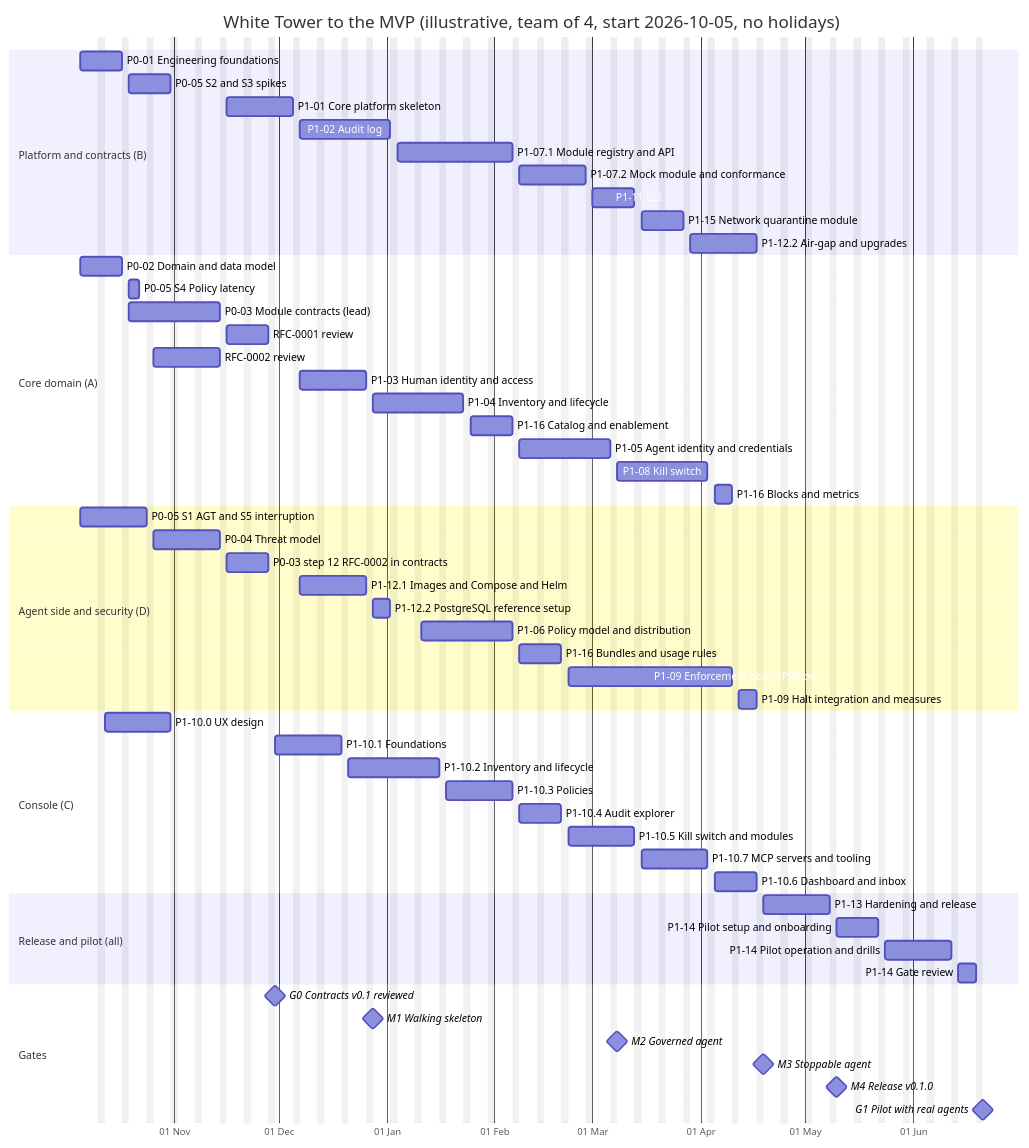
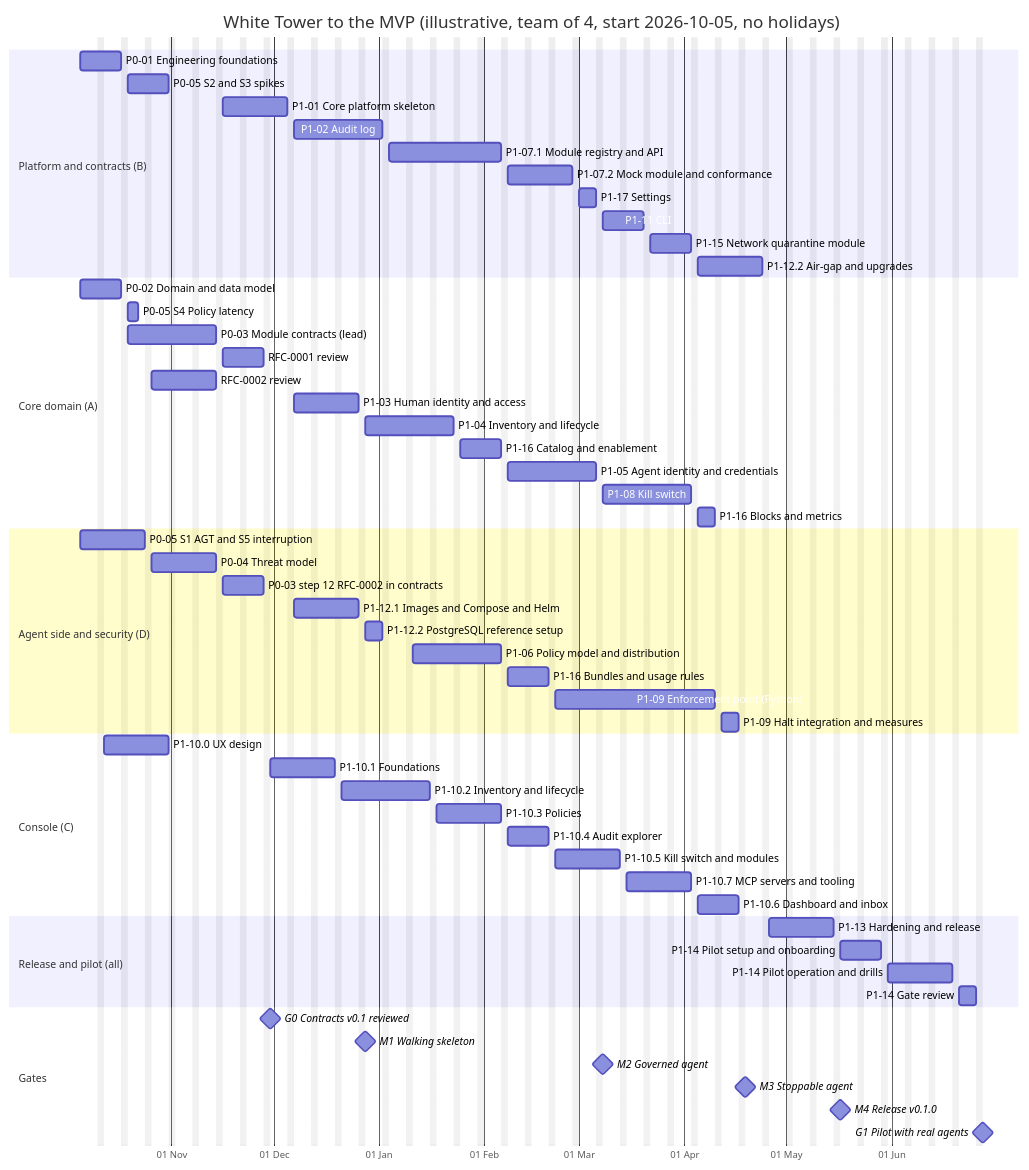
One commit to J466Y/WhiteTower changed the diagram in docs/roadmap.md. Above: the diagram before and after it, drawn with Mermaid. The commit also changed other lines of this file and 14 other files, not shown here.

````diff
--- a/docs/roadmap.md
+++ b/docs/roadmap.md
@@ -66,67 +66,68 @@
 ```mermaid
 gantt
     title White Tower to the MVP (illustrative, team of 4, start 2026-10-05, no holidays)
     dateFormat YYYY-MM-DD
     axisFormat %d %b
     excludes weekends
     todayMarker off
 
     section Platform and contracts (B)
     P0-01 Engineering foundations        :p001, 2026-10-05, 10d
     P0-05 S2 and S3 spikes               :s23, after p001, 10d
     P1-01 Core platform skeleton         :p101, 2026-11-16, 15d
     P1-02 Audit log                      :p102, after p101, 20d
     P1-07.1 Module registry and API      :p1071, after p102, 25d
     P1-07.2 Mock module and conformance  :p1072, after p1071, 15d
-    P1-11 CLI                            :p111, after p1072, 10d
+    P1-17 Settings                       :p117, after p1072 p103, 5d
+    P1-11 CLI                            :p111, after p117, 10d
     P1-15 Network quarantine module      :p115, after p111 p105, 10d
     P1-12.2 Air-gap and upgrades         :p1122, after p115, 15d
 
     section Core domain (A)
     P0-02 Domain and data model          :p002, 2026-10-05, 10d
     P0-05 S4 Policy latency              :s4, after p002, 3d
     P0-03 Module contracts (lead)        :p003, after p002, 20d
     RFC-0001 review                      :rfc, after p003, 10d
     RFC-0002 review                      :rfc2, 2026-10-26, 15d
     P1-03 Human identity and access      :p103, after p101, 15d
     P1-04 Inventory and lifecycle        :p104, after p103, 20d
     P1-16 Catalog and enablement         :p116a, after p104, 10d
     P1-05 Agent identity and credentials :p105, after p116a, 20d
-    P1-08 Kill switch                    :p108, after p105 p1072, 20d
+    P1-08 Kill switch                    :p108, after p105 p1072 p117, 20d
     P1-16 Blocks and metrics             :p116c, after p108 p1072, 5d
 
     section Agent side and security (D)
     P0-05 S1 AGT and S5 interruption     :s1, 2026-10-05, 15d
     P0-04 Threat model                   :p004, after s1, 15d
     P0-03 step 12 RFC-0002 in contracts  :p0312, after rfc2, 10d
     P1-12.1 Images and Compose and Helm  :p1121, after p101, 15d
     P1-12.2 PostgreSQL reference setup   :p1122a, after p1121, 5d
     P1-06 Policy model and distribution  :p106, 2027-01-11, 20d
     P1-16 Bundles and usage rules        :p116b, after p106 p116a p0312, 10d
     P1-09 Enforcement point (Python)     :p109, after p116b p1071, 35d
     P1-09 Halt integration and measures  :p109b, after p108 p109 p116c, 5d
 
     section Console (C)
     P1-10.0 UX design                    :p1100, 2026-10-12, 15d
     P1-10.1 Foundations                  :p1101, 2026-11-30, 15d
     P1-10.2 Inventory and lifecycle      :p1102, after p1101, 20d
     P1-10.3 Policies                     :p1103, after p1102, 15d
     P1-10.4 Audit explorer               :p1104, after p1103, 10d
     P1-10.5 Kill switch and modules      :p1105, after p1104, 15d
     P1-10.7 MCP servers and tooling      :p1107, after p1105, 15d
     P1-10.6 Dashboard and inbox          :p1106, after p1107, 10d
 
     section Release and pilot (all)
     P1-13 Hardening and release          :p113, after p116c p109b p1106 p1122, 15d
     P1-14 Pilot setup and onboarding     :p114a, after p113, 10d
     P1-14 Pilot operation and drills     :p114b, after p114a, 15d
     P1-14 Gate review                    :p114c, after p114b, 5d
 
     section Gates
     G0 Contracts v0.1 reviewed           :milestone, g0, after rfc rfc2 p0312, 0d
     M1 Walking skeleton                  :milestone, m1, after p103 p1121, 0d
     M2 Governed agent                    :milestone, m2, after p105 p106 p1072 p116a, 0d
     M3 Stoppable agent                   :milestone, m3, after p109b p115 p116c, 0d
     M4 Release v0.1.0                    :milestone, m4, after p113, 0d
     G1 Pilot with real agents            :milestone, g1, after p114c, 0d
 ```
````
